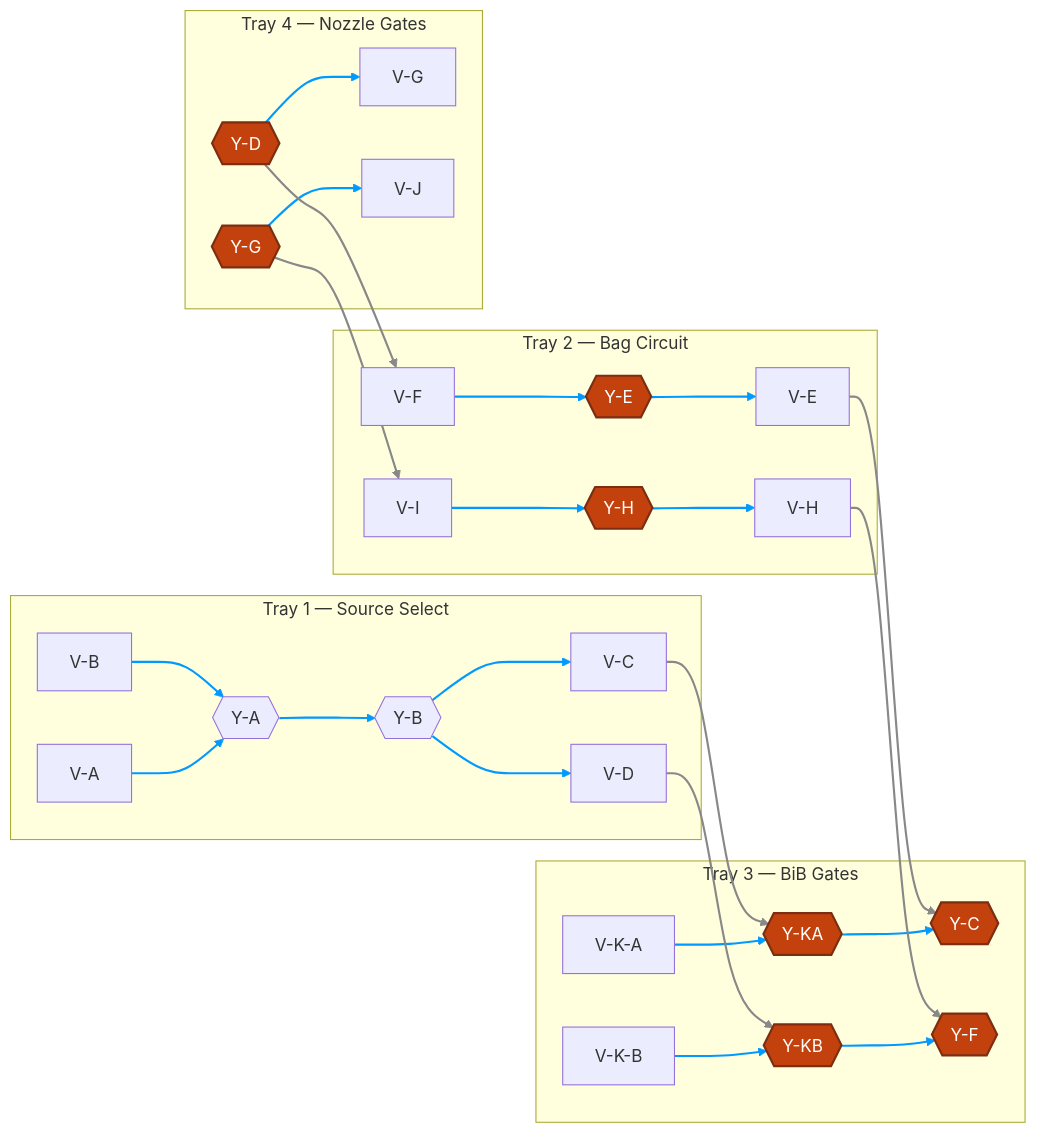
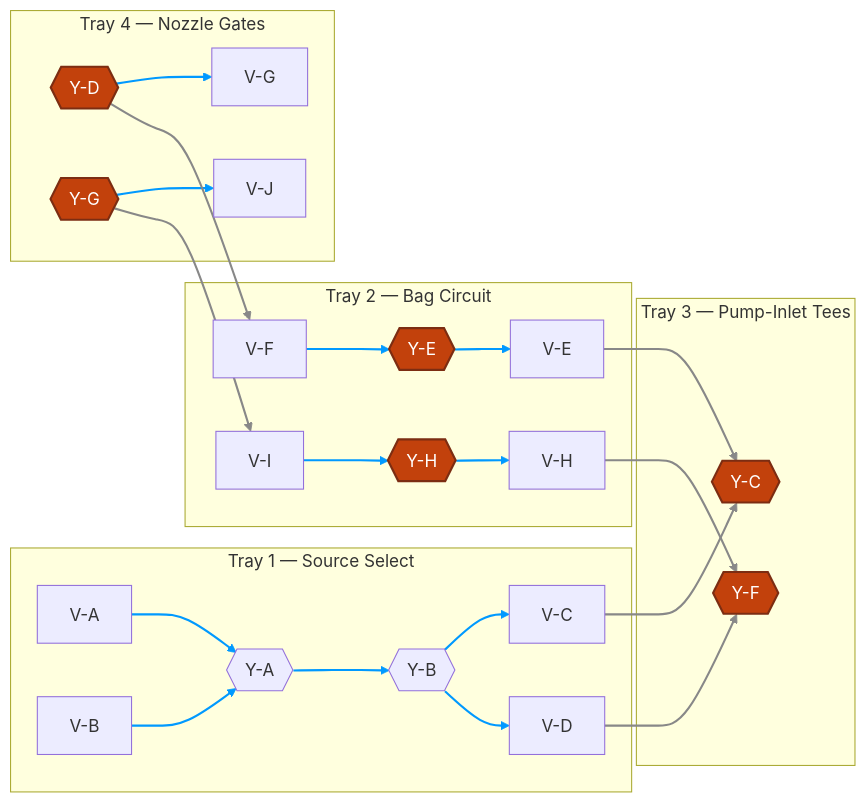
One commit to derekbreden/homesodamachine changed the diagram in hardware/topology/fluid-topology-trays.mmd. Above: the diagram before and after it, drawn with Mermaid. The commit also changed 17 other files, not shown here.

```diff
--- a/hardware/topology/fluid-topology-trays.mmd
+++ b/hardware/topology/fluid-topology-trays.mmd
@@ -1,72 +1,64 @@
 flowchart LR
 
   %% Valve-manifold fluid topology grouped by physical tray. Each box is a tray;
   %% the nodes inside are the valves and junction fittings it carries. Hexagons
   %% are Y-dividers; orange nodes are Tees (in-line run + branch). Blue links are
   %% on-tray; gray links run between trays. Source, pump, bag, and nozzle
   %% endpoints are omitted.
 
   subgraph Tray1["Tray 1 — Source Select"]
     VA["V-A"]
     VB["V-B"]
     YA{{"Y-A"}}
     YB{{"Y-B"}}
     VC["V-C"]
     VD["V-D"]
   end
 
   subgraph Tray2["Tray 2 — Bag Circuit"]
     VE["V-E"]
     VF["V-F"]
     YE{{"Y-E"}}
     VH["V-H"]
     VI["V-I"]
     YH{{"Y-H"}}
   end
 
-  subgraph Tray3["Tray 3 — BiB Gates"]
-    VKA["V-K-A"]
-    VKB["V-K-B"]
-    YKA{{"Y-KA"}}
-    YKB{{"Y-KB"}}
+  subgraph Tray3["Tray 3 — Pump-Inlet Tees"]
     YC{{"Y-C"}}
     YF{{"Y-F"}}
   end
 
   subgraph Tray4["Tray 4 — Nozzle Gates"]
     VG["V-G"]
     VJ["V-J"]
     YD{{"Y-D"}}
     YG{{"Y-G"}}
   end
 
-  %% ---- On-tray seats (blue, links 0-14) ----
+  %% ---- On-tray seats (blue, links 0-10) ----
   VA --> YA
   VB --> YA
   YA --> YB
   YB --> VC
   YB --> VD
   VF --> YE
   YE --> VE
   VI --> YH
   YH --> VH
-  VKA --> YKA
-  VKB --> YKB
-  YKA --> YC
-  YKB --> YF
   YD --> VG
   YG --> VJ
 
-  %% ---- Between trays (gray, links 15-20) ----
-  VC --> YKA
-  VD --> YKB
+  %% ---- Between trays (gray, links 11-16) ----
+  VC --> YC
+  VD --> YF
   VE --> YC
   VH --> YF
   YD --> VF
   YG --> VI
 
   %% ---- Styling ----
   classDef tee fill:#c2410c,stroke:#7c2d12,color:#ffffff,stroke-width:2px;
-  class YE,YH,YKA,YKB,YC,YF,YD,YG tee;
-  linkStyle 0,1,2,3,4,5,6,7,8,9,10,11,12,13,14 stroke:#09f,stroke-width:2px
-  linkStyle 15,16,17,18,19,20 stroke:#888,stroke-width:2px
+  class YE,YH,YC,YF,YD,YG tee;
+  linkStyle 0,1,2,3,4,5,6,7,8,9,10 stroke:#09f,stroke-width:2px
+  linkStyle 11,12,13,14,15,16 stroke:#888,stroke-width:2px
```
